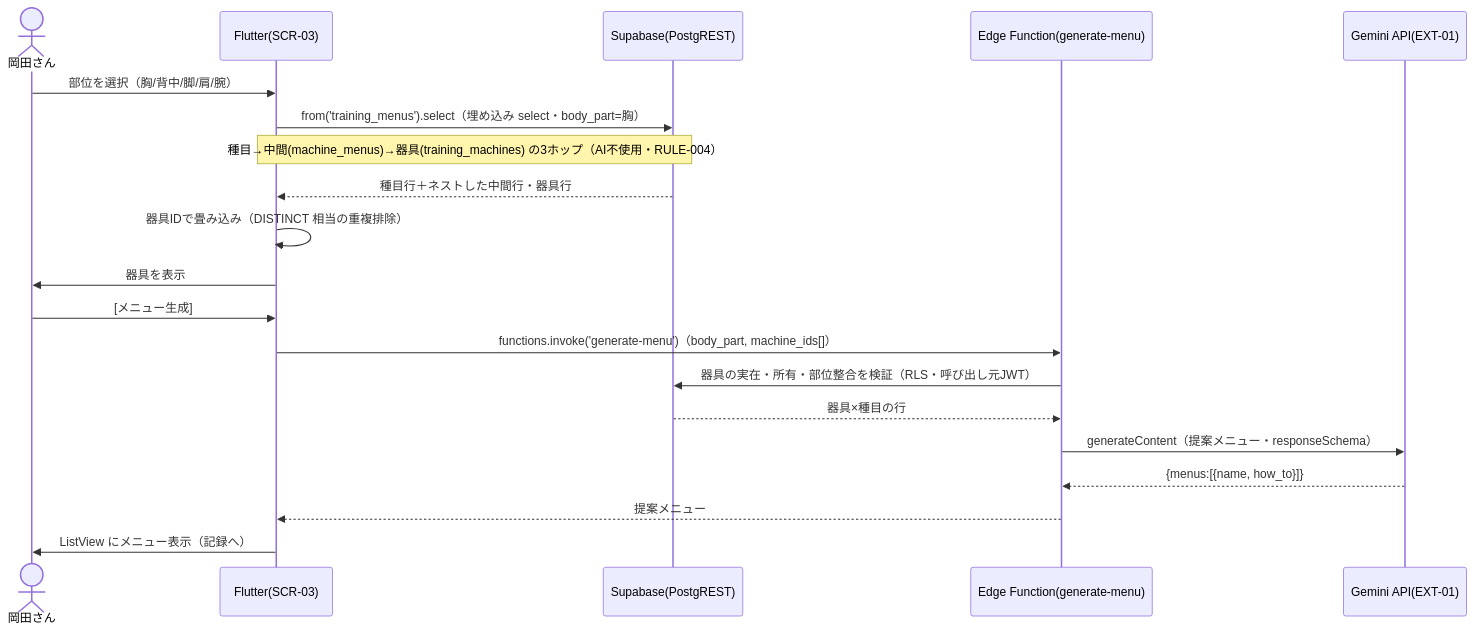
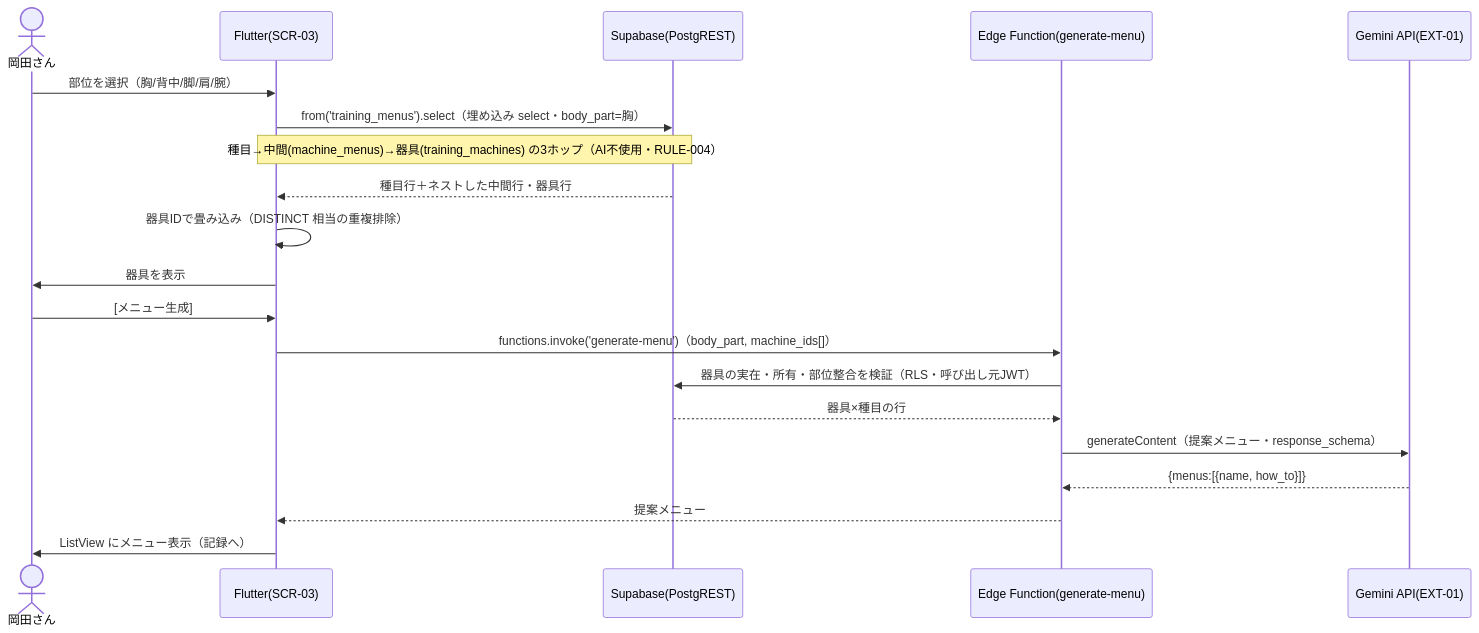
Before and after one commit to k-okada51/okada-fit: the second of 5 diagrams in docs/02_設計/40_機能設計/01_シーケンス設計.md, drawn with Mermaid. The commit also changed other lines of this file and 21 other files, not shown here.

````diff
--- a/docs/02_設計/40_機能設計/01_シーケンス設計.md
+++ b/docs/02_設計/40_機能設計/01_シーケンス設計.md
@@ -67,23 +67,23 @@
 ```mermaid
 sequenceDiagram
   actor U as 岡田さん
   participant F as Flutter(SCR-03)
   participant P as Supabase(PostgREST)
   participant E as Edge Function(generate-menu)
   participant G as Gemini API(EXT-01)
 
   U->>F: 部位を選択（胸/背中/脚/肩/腕）
   F->>P: from('training_menus').select（埋め込み select・body_part=胸）
   Note over F,P: 種目→中間(machine_menus)→器具(training_machines) の3ホップ（AI不使用・RULE-004）
   P-->>F: 種目行＋ネストした中間行・器具行
   F->>F: 器具IDで畳み込み（DISTINCT 相当の重複排除）
   F->>U: 器具を表示
   U->>F: [メニュー生成]
   F->>E: functions.invoke('generate-menu')（body_part, machine_ids[]）
   E->>P: 器具の実在・所有・部位整合を検証（RLS・呼び出し元JWT）
   P-->>E: 器具×種目の行
-  E->>G: generateContent（提案メニュー・responseSchema）
+  E->>G: generateContent（提案メニュー・response_schema）
   G-->>E: {menus:[{name, how_to}]}
   E-->>F: 提案メニュー
   F->>U: ListView にメニュー表示（記録へ）
 ```
````
